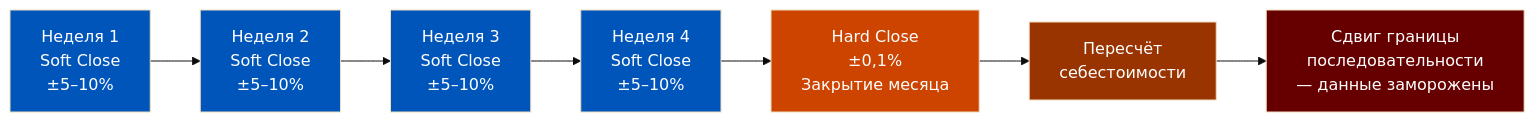
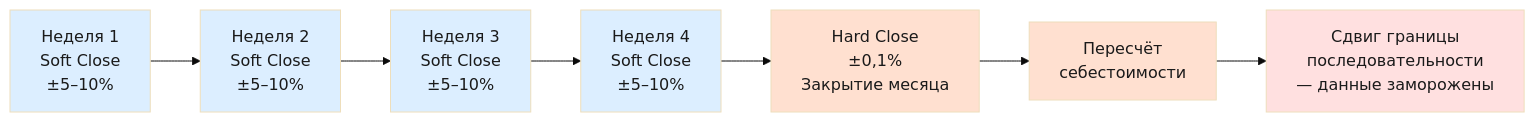
The fifth of 5 diagrams in content/1c-erp/week_1/Неделя 1 - День 1 - Виды учета и Архитектура.md (murad1986/1c-erp-quartz), drawn with Mermaid (base theme) before and after one commit. The commit also changed other lines of this file and 57 other files, not shown here.

First line of the commit message:
fix: Mermaid — пастельные цвета в источниках диаграмм (56 файлов)

````diff
--- a/content/1c-erp/week_1/Неделя 1 - День 1 - Виды учета и Архитектура.md
+++ b/content/1c-erp/week_1/Неделя 1 - День 1 - Виды учета и Архитектура.md
@@ -411,17 +411,17 @@
 ```mermaid
 flowchart LR
     W1["Неделя 1<br/>Soft Close<br/>±5–10%"] --> W2["Неделя 2<br/>Soft Close<br/>±5–10%"]
     W2 --> W3["Неделя 3<br/>Soft Close<br/>±5–10%"]
     W3 --> W4["Неделя 4<br/>Soft Close<br/>±5–10%"]
     W4 --> HC["Hard Close<br/>±0,1%<br/>Закрытие месяца"]
     HC --> SC["Пересчёт<br/>себестоимости"]
     SC --> GB["Сдвиг границы<br/>последовательности<br/>— данные заморожены"]
 
-    style W1 fill:#0055BB,color:#fff
-    style W2 fill:#0055BB,color:#fff
-    style W3 fill:#0055BB,color:#fff
-    style W4 fill:#0055BB,color:#fff
-    style HC fill:#CC4400,color:#fff
-    style SC fill:#993300,color:#fff
-    style GB fill:#660000,color:#fff
+    style W1 fill:#dceeff,color:#1a1a1a
+    style W2 fill:#dceeff,color:#1a1a1a
+    style W3 fill:#dceeff,color:#1a1a1a
+    style W4 fill:#dceeff,color:#1a1a1a
+    style HC fill:#ffe0d0,color:#1a1a1a
+    style SC fill:#ffe0d0,color:#1a1a1a
+    style GB fill:#ffe0e0,color:#1a1a1a
 ```
````
